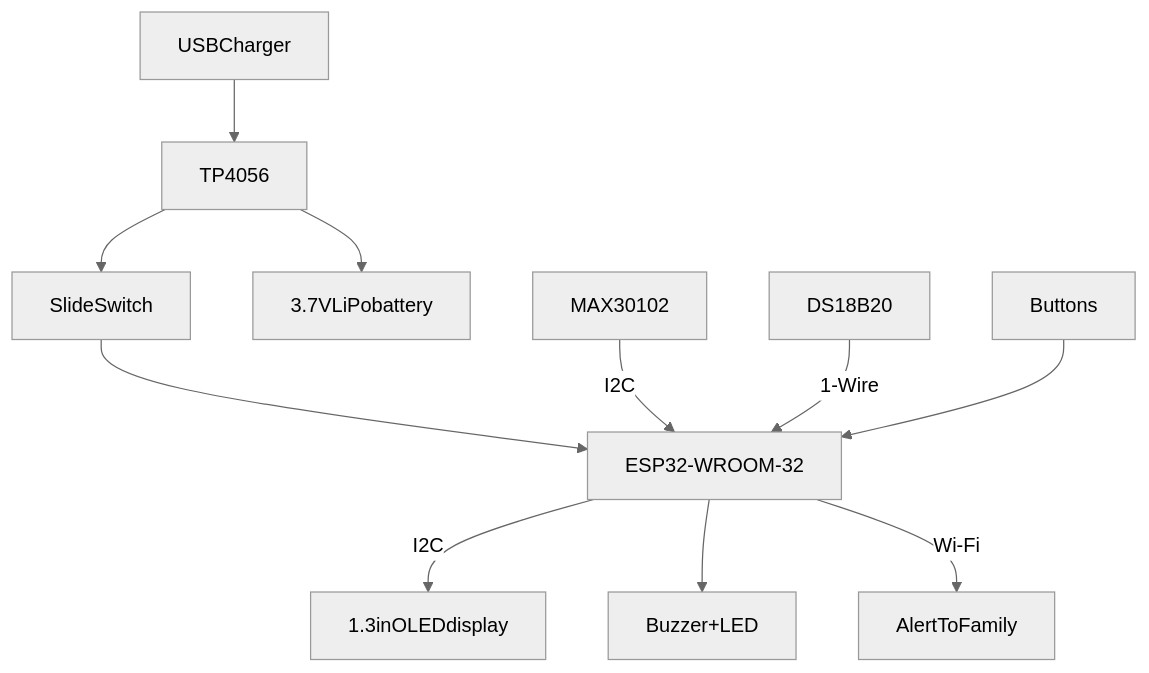
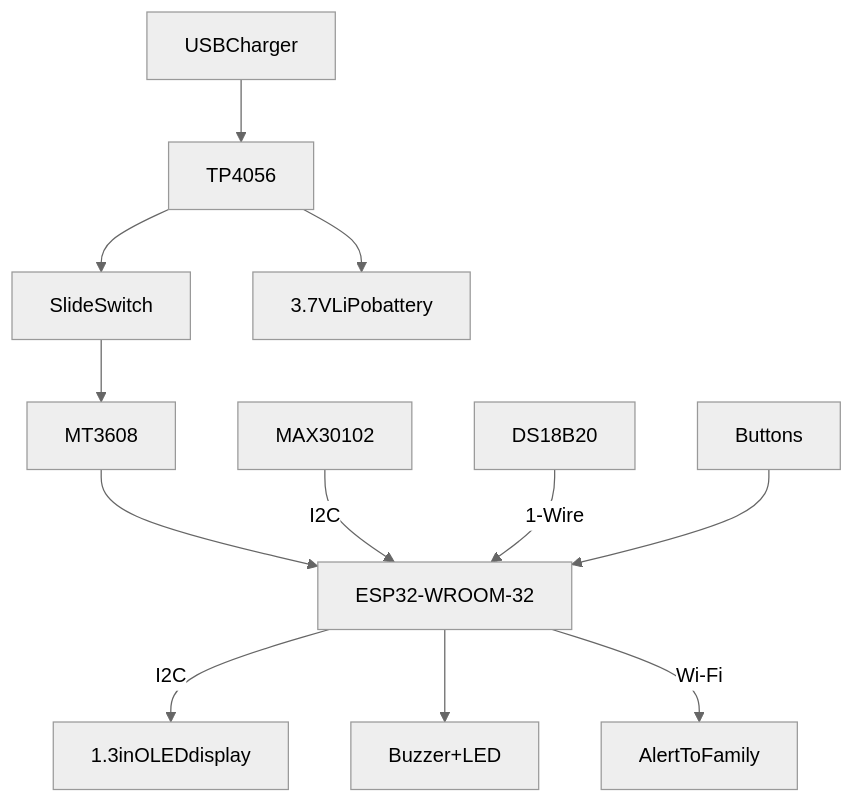
One commit to MattOr-Creations/SaludWatch changed the diagram in README.md. Above: the diagram before and after it, drawn with Mermaid (neutral theme).

````diff
--- a/README.md
+++ b/README.md
@@ -21,13 +21,14 @@
 ```mermaid
 graph TD;
     USBCharger-->TP4056;
     TP4056-->SlideSwitch;
     TP4056-->3.7VLiPobattery
-    SlideSwitch-->ESP32-WROOM-32;
+    SlideSwitch-->MT3608;
+    MT3608-->ESP32-WROOM-32;
     MAX30102-->|I2C|ESP32-WROOM-32;
     DS18B20-->|1-Wire|ESP32-WROOM-32;
     Buttons-->ESP32-WROOM-32;
     ESP32-WROOM-32-->|I2C|1.3inOLEDdisplay;
     ESP32-WROOM-32-->Buzzer+LED;
     ESP32-WROOM-32-->|Wi-Fi|AlertToFamily;
 ```
````
